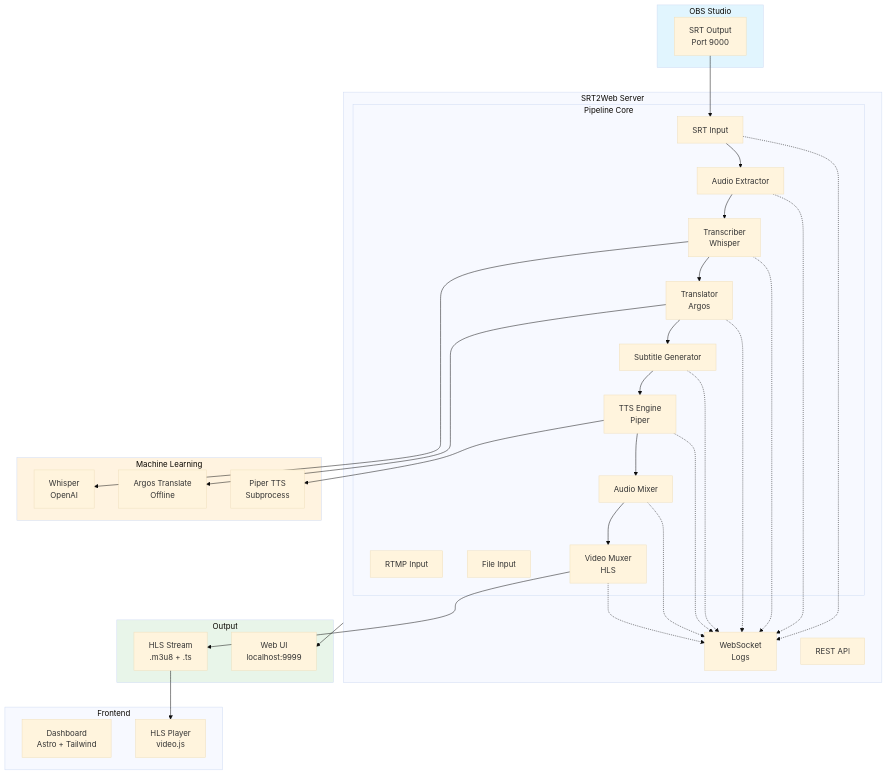
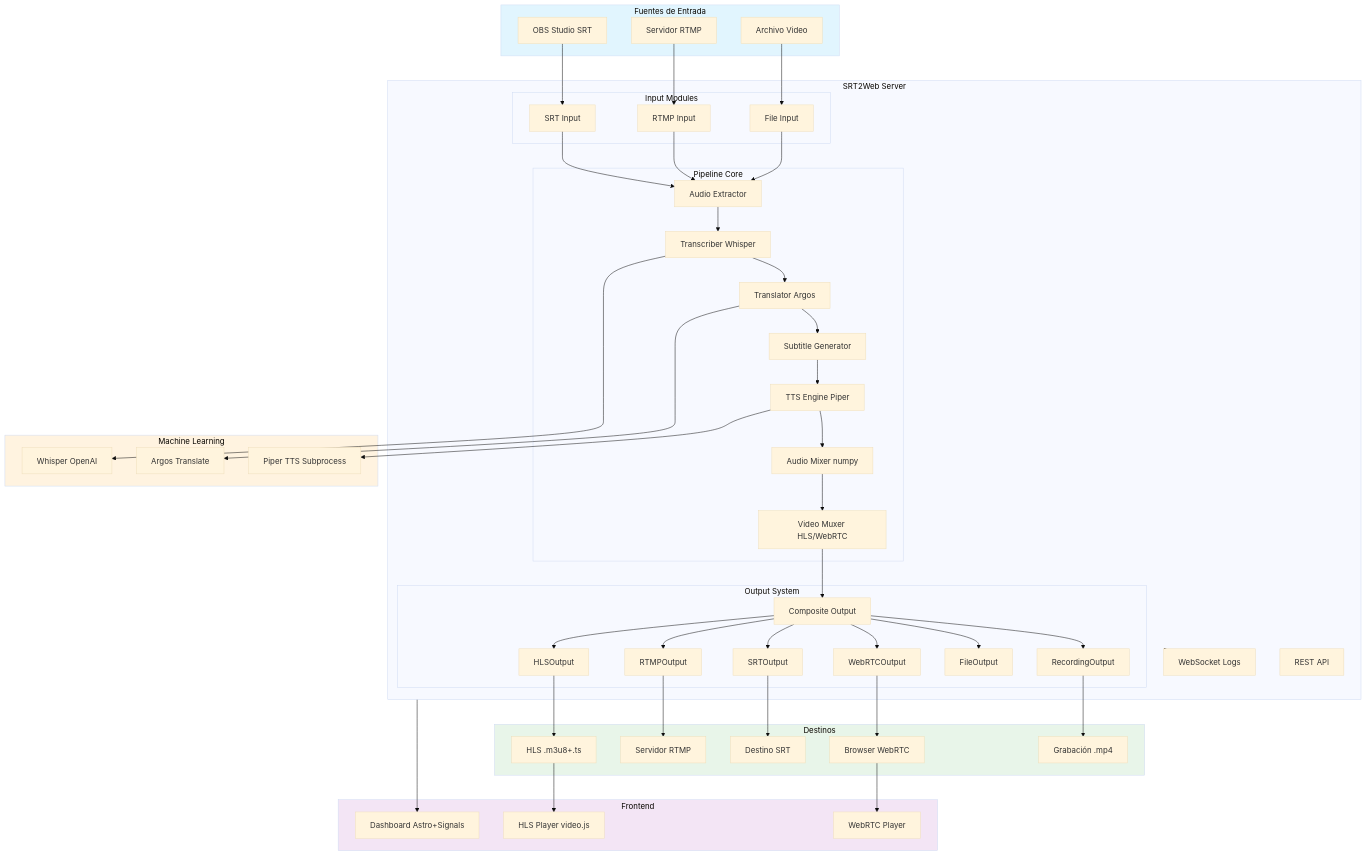
The first of 10 diagrams in docs/architecture.md (BrunoJimenez73/srt2web), drawn with Mermaid (base theme) before and after one commit. The commit also changed other lines of this file and 7 other files, not shown here.

Commit message:
docs: Update and expand documentation - multi-output, WebRTC, CLI, signals/effects, pipeline modes

````diff
--- a/docs/architecture.md
+++ b/docs/architecture.md
@@ -5,69 +5,99 @@
 ```mermaid
 graph TB
-    subgraph OBS["OBS Studio"]
-        O_SRT[SRT Output<br/>Port 9000]
+    subgraph Source["Fuentes de Entrada"]
+        OBS[OBS Studio SRT]
+        RTMP_SRC[Servidor RTMP]
+        FILE[Archivo Video]
     end
 
     subgraph Server["SRT2Web Server"]
-        subgraph Pipeline["Pipeline Core"]
+        subgraph Inputs["Input Modules"]
             I_SRT[SRT Input]
             I_RTMP[RTMP Input]
             I_FILE[File Input]
+        end
+        subgraph Pipeline["Pipeline Core"]
             AE[Audio Extractor]
-            TR[Transcriber<br/>Whisper]
-            TL[Translator<br/>Argos]
+            TR[Transcriber Whisper]
+            TL[Translator Argos]
             SG[Subtitle Generator]
-            TM[TTS Engine<br/>Piper]
-            MX[Audio Mixer]
-            VM[Video Muxer<br/>HLS]
+            TTS[TTS Engine Piper]
+            MX[Audio Mixer numpy]
+            VM[Video Muxer HLS/WebRTC]
         end
-        WS[WebSocket<br/>Logs]
+        subgraph Outputs["Output System"]
+            CO[Composite Output]
+            H[HLSOutput]
+            R[RTMPOutput]
+            S[SRTOutput]
+            W[WebRTCOutput]
+            REC[RecordingOutput]
+            F[FileOutput]
+        end
+        WS[WebSocket Logs]
         API[REST API]
     end
 
     subgraph ML["Machine Learning"]
-        WHISPER[Whisper<br/>OpenAI]
-        ARGOS[Argos Translate<br/>Offline]
-        PIPER[Piper TTS<br/>Subprocess]
+        WHISPER[Whisper OpenAI]
+        ARGOS[Argos Translate]
+        PIPER[Piper TTS Subprocess]
     end
 
     subgraph Frontend["Frontend"]
-        UI[Dashboard<br/>Astro + Tailwind]
-        PLAYER[HLS Player<br/>video.js]
+        UI[Dashboard Astro+Signals]
+        PLAYER[HLS Player video.js]
+        WEBRTC[WebRTC Player]
     end
 
-    subgraph Output["Output"]
-        HLS[HLS Stream<br/>.m3u8 + .ts]
-        WEB[Web UI<br/>localhost:9999]
+    subgraph Output["Destinos"]
+        HLS[HLS .m3u8+.ts]
+        RTMP_DST[Servidor RTMP]
+        SRT_DST[Destino SRT]
+        WEBRTC_DST[Browser WebRTC]
+        REC_FILE[Grabación .mp4]
     end
 
-    O_SRT --> I_SRT
+    OBS --> I_SRT
+    RTMP_SRC --> I_RTMP
+    FILE --> I_FILE
+
     I_SRT --> AE
+    I_RTMP --> AE
+    I_FILE --> AE
+
     AE --> TR
     TR --> TL
     TL --> SG
-    SG --> TM
-    TM --> MX
+    SG --> TTS
+    TTS --> MX
     MX --> VM
-    VM --> HLS
+    VM --> CO
+
+    CO --> H
+    CO --> R
+    CO --> S
+    CO --> W
+    CO --> REC
+    CO --> F
 
     TR --> WHISPER
     TL --> ARGOS
-    TM --> PIPER
+    TTS --> PIPER
 
-    I_SRT -.-> WS
-    AE -.-> WS
-    TR -.-> WS
-    TL -.-> WS
-    SG -.-> WS
-    TM -.-> WS
-    MX -.-> WS
-    VM -.-> WS
+    H --> HLS
+    R --> RTMP_DST
+    S --> SRT_DST
+    W --> WEBRTC_DST
+    REC --> REC_FILE
 
-    Server --> WEB
+    Server -.-> WS
     HLS --> PLAYER
+    WEBRTC_DST --> WEBRTC
+    Server --> UI
 
-    style OBS fill:#e1f5fe
+    style Source fill:#e1f5fe
     style ML fill:#fff3e0
     style Output fill:#e8f5e9
+    style Frontend fill:#f3e5f5
 ```
````
